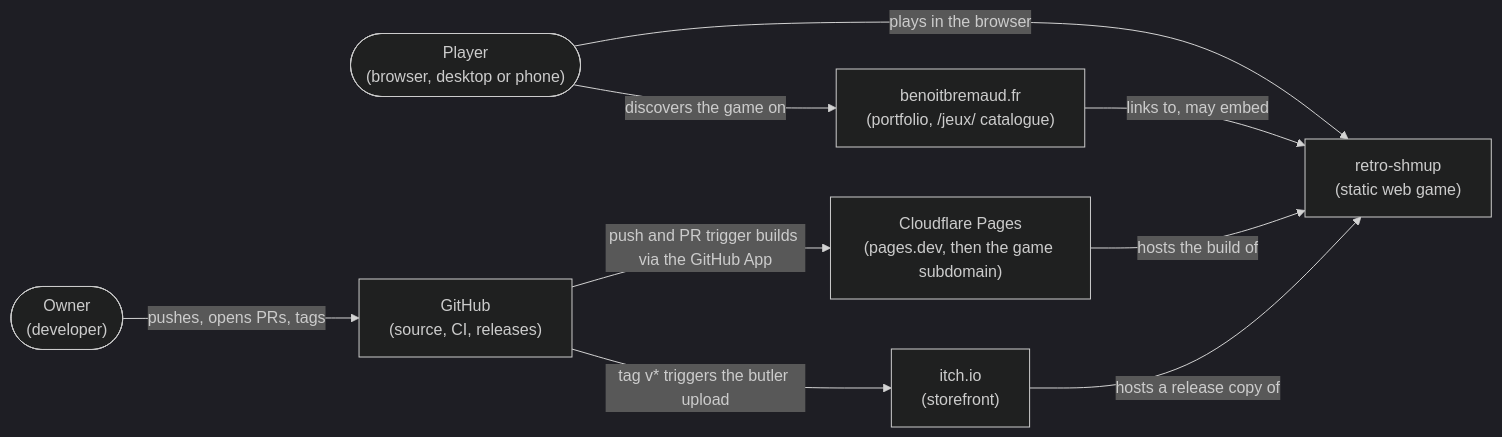
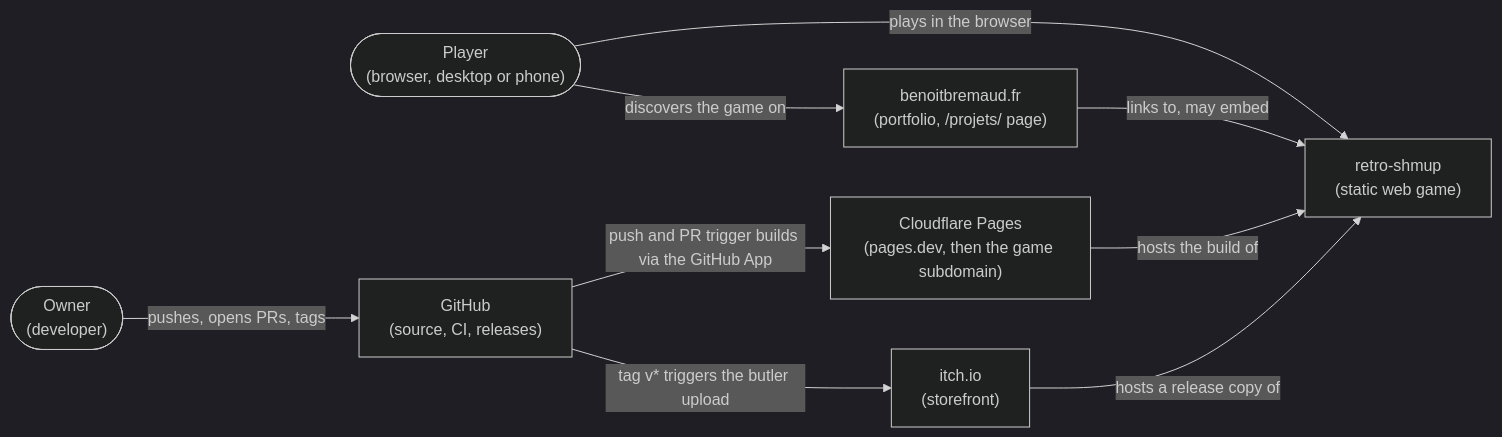
Before and after one commit to benoit-bremaud/retro-shmup: the first of 2 diagrams in docs/architecture/README.md, drawn with Mermaid (dark theme). The commit also changed 5 other files, not shown here.

First line of the commit message:
docs(adr): ADR-0017 games catalogue in the portfolio's projects page (#11)

````diff
--- a/docs/architecture/README.md
+++ b/docs/architecture/README.md
@@ -13,19 +13,19 @@
 ```mermaid
 flowchart LR
   Player(["Player<br/>(browser, desktop or phone)"])
   Owner(["Owner<br/>(developer)"])
   Game["retro-shmup<br/>(static web game)"]
-  Portfolio["benoitbremaud.fr<br/>(portfolio, /jeux/ catalogue)"]
+  Portfolio["benoitbremaud.fr<br/>(portfolio, /projets/ page)"]
   Pages["Cloudflare Pages<br/>(pages.dev, then the game subdomain)"]
   Itch["itch.io<br/>(storefront)"]
   GitHub["GitHub<br/>(source, CI, releases)"]
 
   Player -->|"plays in the browser"| Game
   Player -->|"discovers the game on"| Portfolio
   Portfolio -->|"links to, may embed"| Game
   Pages -->|"hosts the build of"| Game
   Itch -->|"hosts a release copy of"| Game
   Owner -->|"pushes, opens PRs, tags"| GitHub
   GitHub -->|"push and PR trigger builds via the GitHub App"| Pages
   GitHub -->|"tag v* triggers the butler upload"| Itch
 ```
````
